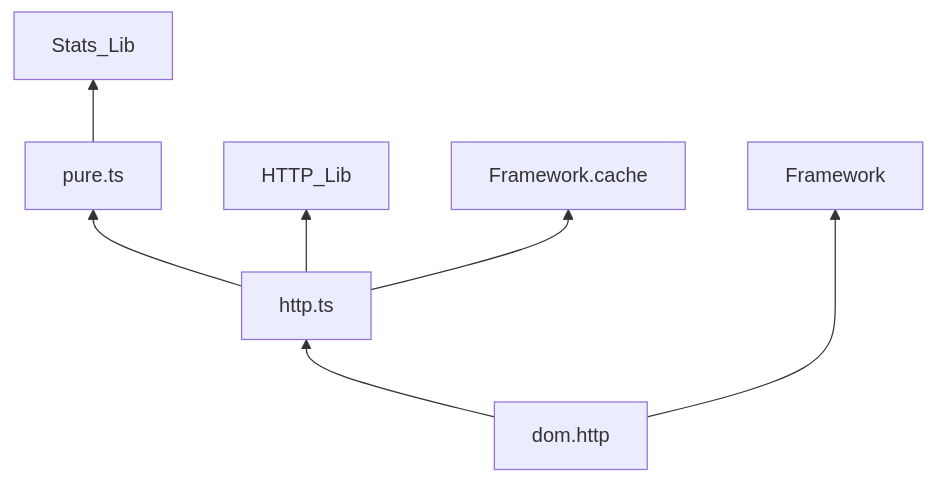
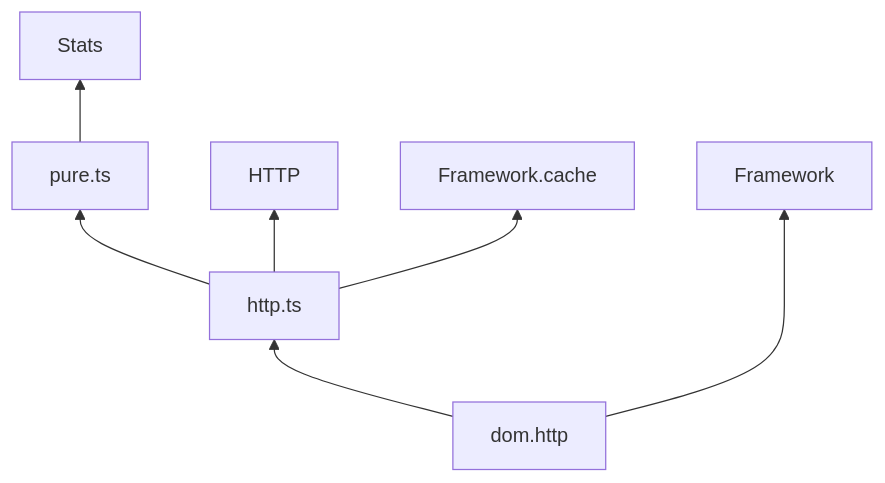
One commit to muniworth/purity-seal changed the fourth of 5 diagrams in README.md. Above: the diagram before and after it, drawn with Mermaid. The commit also changed other lines of this file and 15 other files, not shown here.

````diff
--- a/README.md
+++ b/README.md
@@ -90,9 +91,9 @@
 ```mermaid
 graph BT;
-	pure.ts --> Stats_Lib
+	pure.ts --> Stats
 	http.ts --> pure.ts
-	http.ts --> HTTP_Lib
+	http.ts --> HTTP
 	http.ts --> Framework.cache
 	dom.http --> http.ts
 	dom.http ---> Framework
 ```
````
